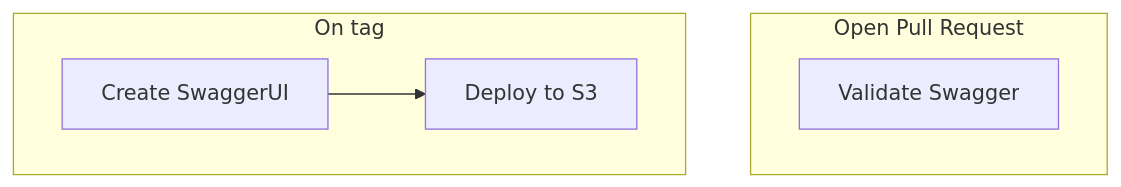
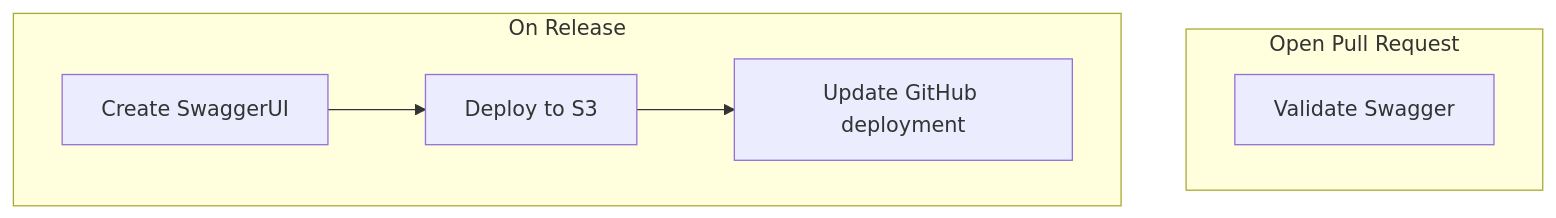
One commit to sudoblark/sudoblark.monsternames.open-api changed the diagram in README.md. Above: the diagram before and after it, drawn with Mermaid. The commit also changed 3 other files, not shown here.

````diff
--- a/README.md
+++ b/README.md
@@ -118,14 +118,16 @@
 ```mermaid
 flowchart TD
 
     subgraph open_pull_request[Open Pull Request]
         validator[Validate Swagger]
     end
 
-    subgraph on_tag[On tag]
+    subgraph on_release[On Release]
         create_artefact[Create SwaggerUI]
+        github_deployment[Update GitHub deployment]
         deploy_artefact[Deploy to S3]
 
         create_artefact --> deploy_artefact
+        deploy_artefact --> github_deployment
     end
 ```
````
